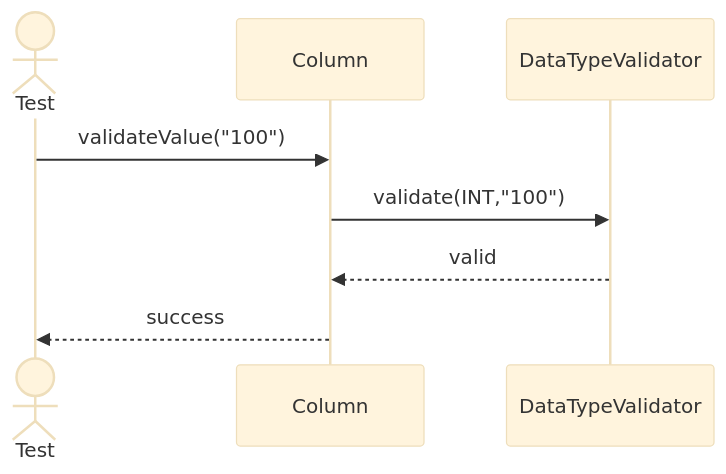
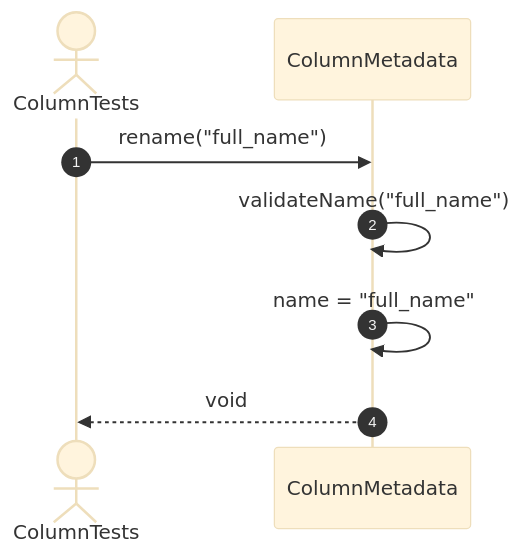
The third of 18 diagrams in src/tests/unit/metadata/sequences/columns-testing.se.md (FhuAnn/-bbv-AN-s-DBMS), drawn with Mermaid (base theme) before and after one commit. The commit also changed other lines of this file and 60 other files, not shown here.

Commit message:
refactor data table, row, column, constraint, index test file

````diff
--- a/src/tests/unit/metadata/sequences/columns-testing.se.md
+++ b/src/tests/unit/metadata/sequences/columns-testing.se.md
@@ -39,14 +42,11 @@
 ```mermaid
 sequenceDiagram
-actor Test
-participant Column
-participant DataTypeValidator
+    autonumber
+    actor Test as ColumnTests
+    participant Column as ColumnMetadata
 
-Test->>Column: validateValue("100")
-
-Column->>DataTypeValidator: validate(INT,"100")
-
-DataTypeValidator-->>Column: valid
-
-Column-->>Test: success
+    Test->>Column: rename("full_name")
+    Column->>Column: validateName("full_name")
+    Column->>Column: name = "full_name"
+    Column-->>Test: void
 ```
````
